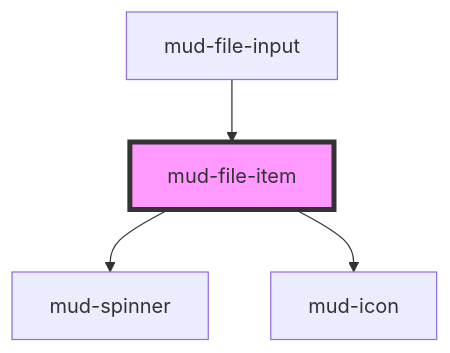
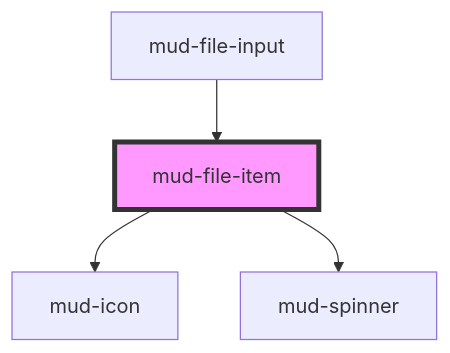
The diagram in src/components/mud-file-item/readme.md (egov-moldova/design-system), drawn with Mermaid before and after one commit. The commit also changed other lines of this file and 9 other files, not shown here.

Commit message:
refactor: update mud-file-item

````diff
--- a/src/components/mud-file-item/readme.md
+++ b/src/components/mud-file-item/readme.md
@@ -75,7 +88,7 @@
 ```mermaid
 graph TD;
+  mud-file-item --> mud-icon
   mud-file-item --> mud-spinner
-  mud-file-item --> mud-icon
   mud-file-input --> mud-file-item
   style mud-file-item fill:#f9f,stroke:#333,stroke-width:4px
 ```
````
